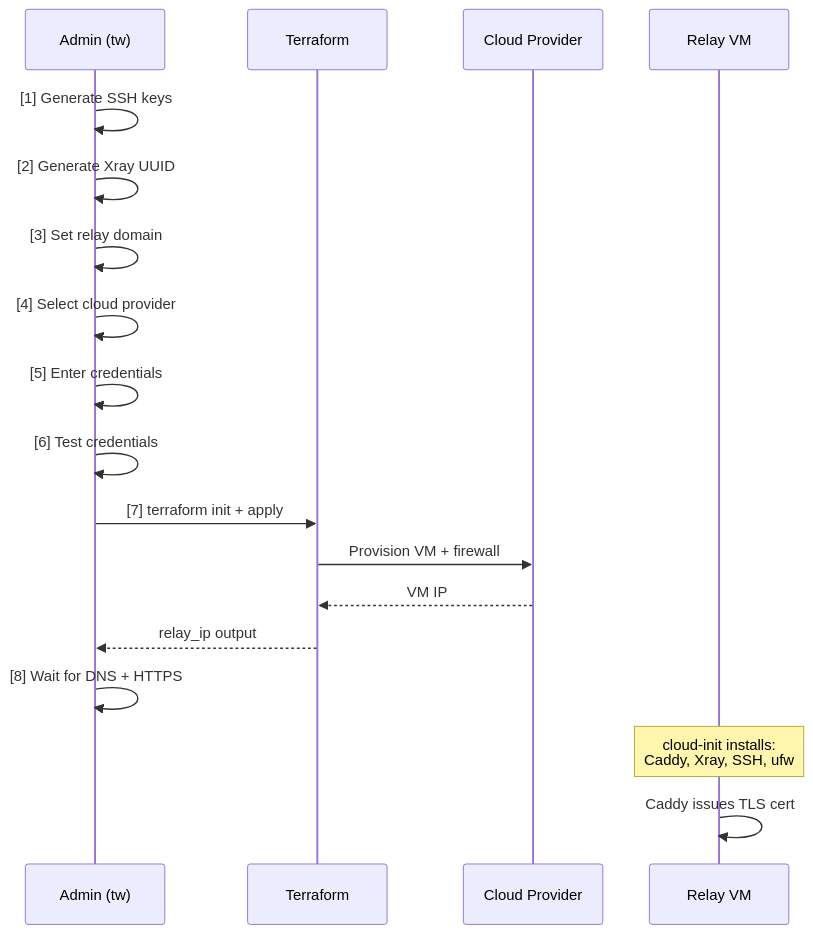
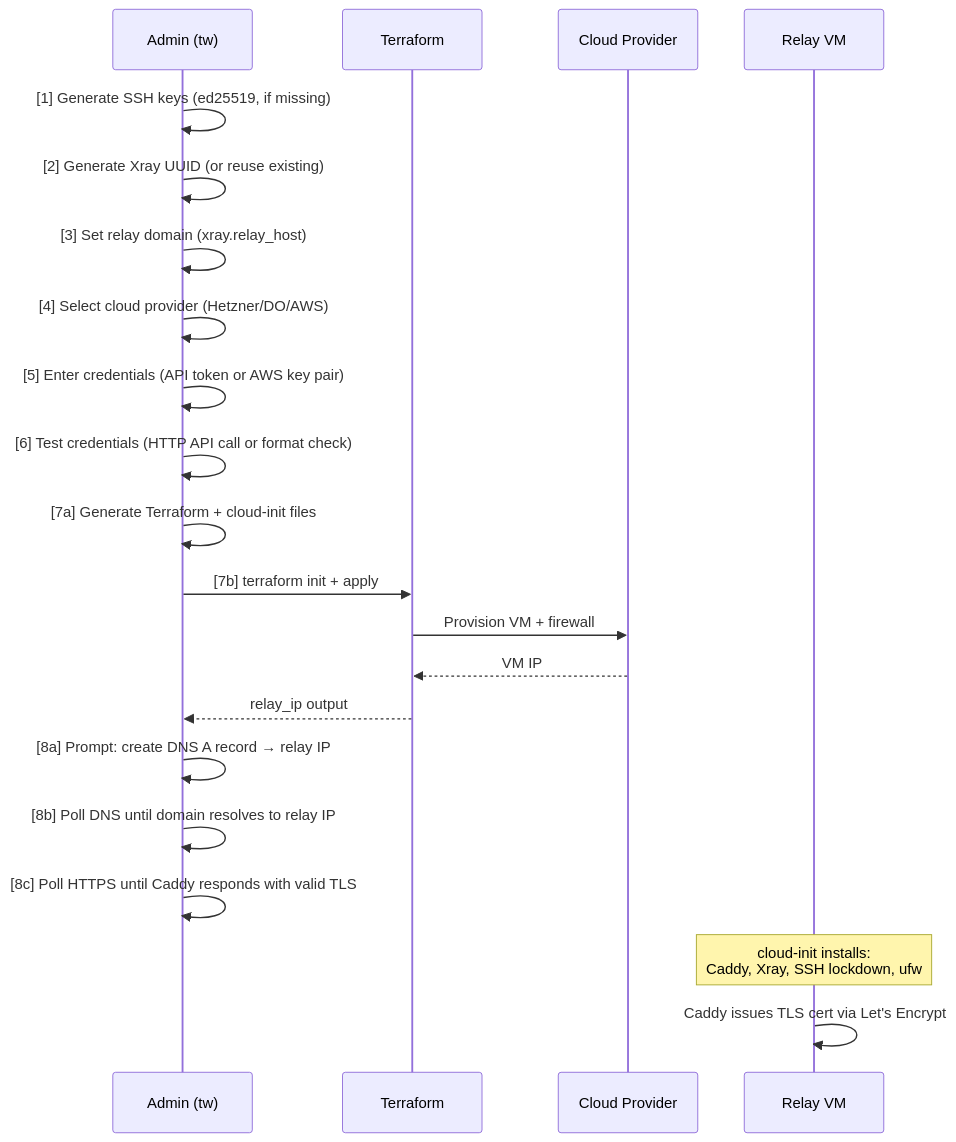
Before and after one commit to alicommit-malp/Tunnel-Whisperer: the second of 5 diagrams in docs/architecture/tw-arch-arc42.md, drawn with Mermaid. The commit also changed other lines of this file, not shown here.

````diff
--- a/docs/architecture/tw-arch-arc42.md
+++ b/docs/architecture/tw-arch-arc42.md
@@ -164,21 +172,24 @@
 ```mermaid
 sequenceDiagram
     participant Admin as Admin (tw)
     participant TF as Terraform
     participant Cloud as Cloud Provider
     participant R as Relay VM
 
-    Admin ->> Admin: [1] Generate SSH keys
-    Admin ->> Admin: [2] Generate Xray UUID
-    Admin ->> Admin: [3] Set relay domain
-    Admin ->> Admin: [4] Select cloud provider
-    Admin ->> Admin: [5] Enter credentials
-    Admin ->> Admin: [6] Test credentials
-    Admin ->> TF: [7] terraform init + apply
+    Admin ->> Admin: [1] Generate SSH keys (ed25519, if missing)
+    Admin ->> Admin: [2] Generate Xray UUID (or reuse existing)
+    Admin ->> Admin: [3] Set relay domain (xray.relay_host)
+    Admin ->> Admin: [4] Select cloud provider (Hetzner/DO/AWS)
+    Admin ->> Admin: [5] Enter credentials (API token or AWS key pair)
+    Admin ->> Admin: [6] Test credentials (HTTP API call or format check)
+    Admin ->> Admin: [7a] Generate Terraform + cloud-init files
+    Admin ->> TF: [7b] terraform init + apply
     TF ->> Cloud: Provision VM + firewall
     Cloud -->> TF: VM IP
     TF -->> Admin: relay_ip output
-    Admin ->> Admin: [8] Wait for DNS + HTTPS
-    Note over R: cloud-init installs:<br/>Caddy, Xray, SSH, ufw
-    R ->> R: Caddy issues TLS cert
+    Admin ->> Admin: [8a] Prompt: create DNS A record → relay IP
+    Admin ->> Admin: [8b] Poll DNS until domain resolves to relay IP
+    Admin ->> Admin: [8c] Poll HTTPS until Caddy responds with valid TLS
+    Note over R: cloud-init installs:<br/>Caddy, Xray, SSH lockdown, ufw
+    R ->> R: Caddy issues TLS cert via Let's Encrypt
 ```
````
